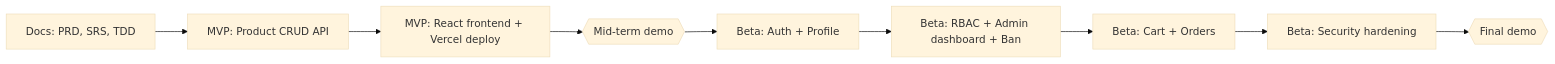
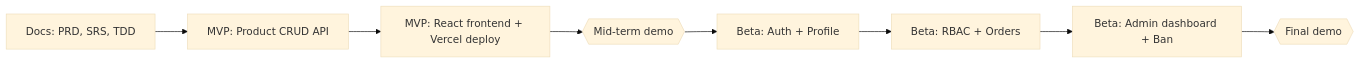
The diagram in docs/docs/01-prd.md (SarwarEbrahim/ShopEase-), drawn with Mermaid (base theme) before and after one commit. The commit also changed other lines of this file, not shown here.

````diff
--- a/docs/docs/01-prd.md
+++ b/docs/docs/01-prd.md
@@ -54,11 +56,10 @@
 ```mermaid
 flowchart LR
     A[Docs: PRD, SRS, TDD] --> B[MVP: Product CRUD API]
     B --> C[MVP: React frontend + Vercel deploy]
     C --> D{{Mid-term demo}}
     D --> E[Beta: Auth + Profile]
-    E --> F[Beta: RBAC + Admin dashboard + Ban]
-    F --> G[Beta: Cart + Orders]
-    G --> H[Beta: Security hardening]
-    H --> I{{Final demo}}
+    E --> F[Beta: RBAC + Orders]
+    F --> G[Beta: Admin dashboard + Ban]
+    G --> H{{Final demo}}
 ```
````
